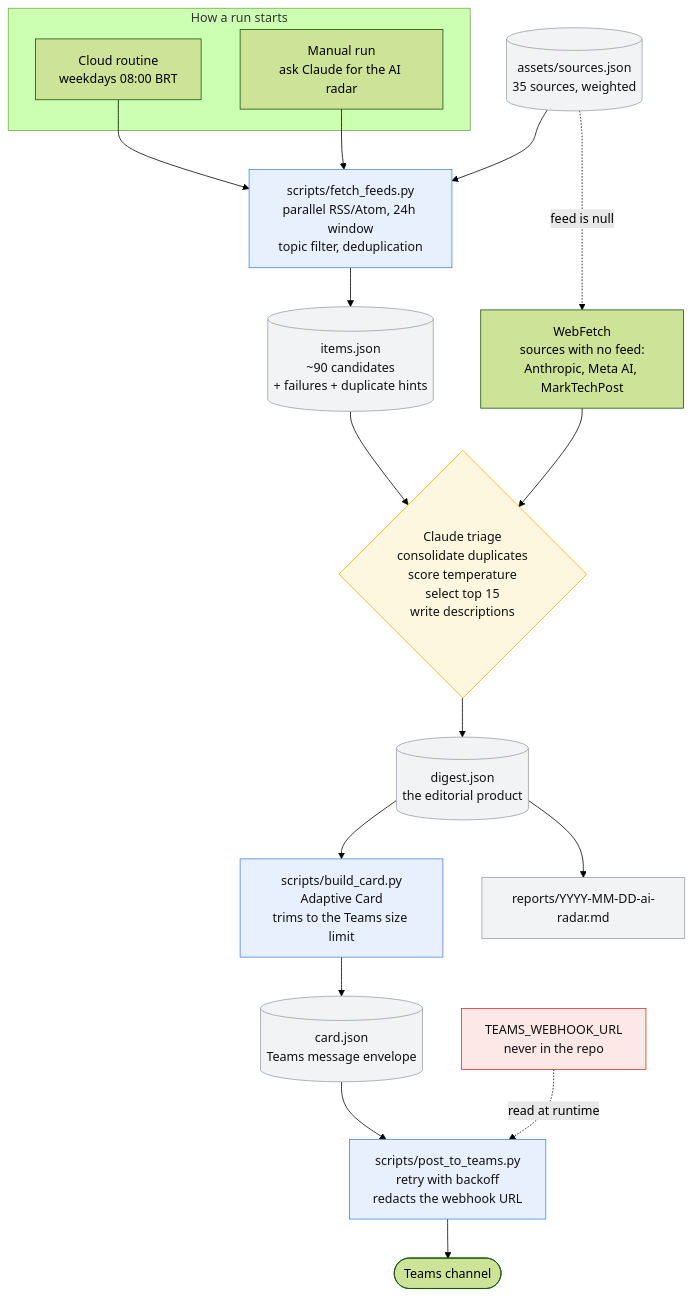
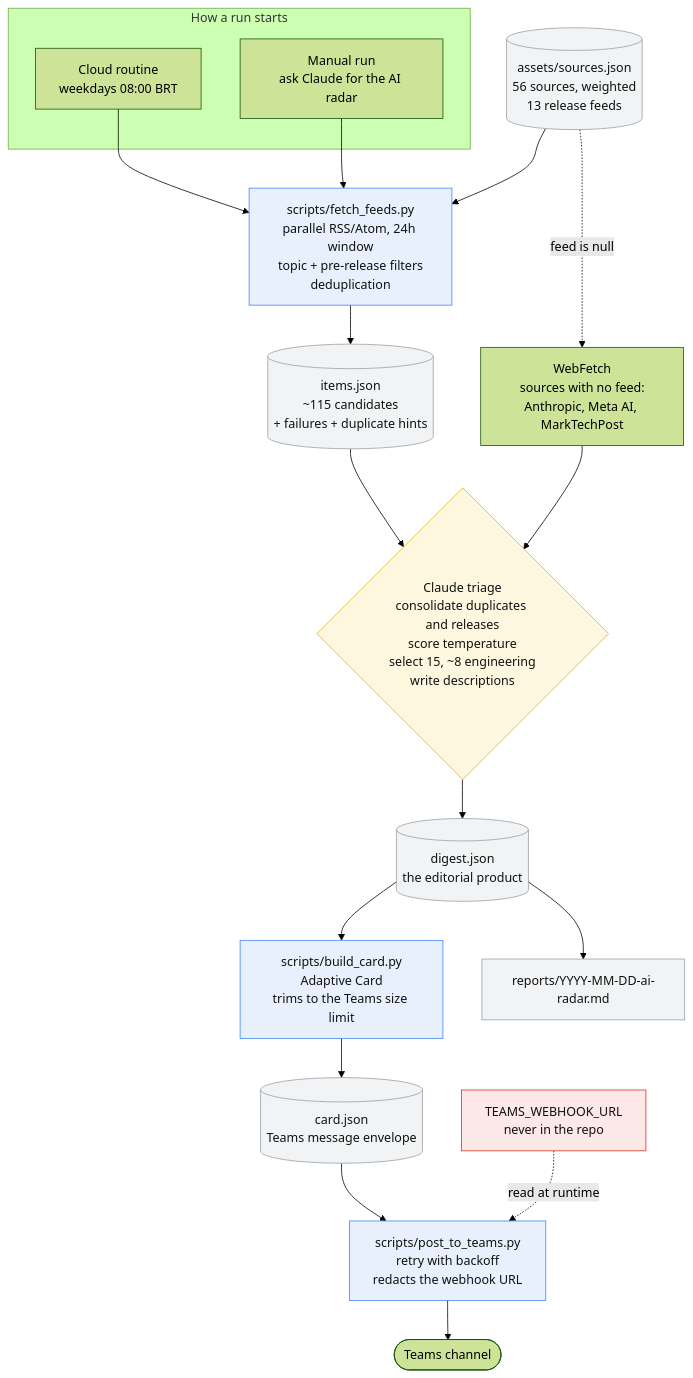
One commit to werner-denzin/claude-labs changed the diagram in README.md. Above: the diagram before and after it, drawn with Mermaid (forest theme). The commit also changed other lines of this file and 7 other files, not shown here.

````diff
--- a/README.md
+++ b/README.md
@@ -12,47 +19,47 @@
 ```mermaid
 flowchart TD
     subgraph triggers["How a run starts"]
         ROUTINE["Cloud routine<br>weekdays 08:00 BRT"]
         MANUAL["Manual run<br>ask Claude for the AI radar"]
     end
 
-    CATALOG[("assets/sources.json<br>35 sources, weighted")]
-    FETCH["scripts/fetch_feeds.py<br>parallel RSS/Atom, 24h window<br>topic filter, deduplication"]
-    ITEMS[("items.json<br>~90 candidates<br>+ failures + duplicate hints")]
+    CATALOG[("assets/sources.json<br>56 sources, weighted<br>13 release feeds")]
+    FETCH["scripts/fetch_feeds.py<br>parallel RSS/Atom, 24h window<br>topic + pre-release filters<br>deduplication"]
+    ITEMS[("items.json<br>~115 candidates<br>+ failures + duplicate hints")]
     WEB["WebFetch<br>sources with no feed:<br>Anthropic, Meta AI, MarkTechPost"]
 
-    TRIAGE{"Claude triage<br>consolidate duplicates<br>score temperature<br>select top 15<br>write descriptions"}
+    TRIAGE{"Claude triage<br>consolidate duplicates and releases<br>score temperature<br>select 15, ~8 engineering<br>write descriptions"}
     DIGEST[("digest.json<br>the editorial product")]
 
     BUILD["scripts/build_card.py<br>Adaptive Card<br>trims to the Teams size limit"]
     CARD[("card.json<br>Teams message envelope")]
     POST["scripts/post_to_teams.py<br>retry with backoff<br>redacts the webhook URL"]
 
     TEAMS(["Teams channel"])
     ARCHIVE["reports/YYYY-MM-DD-ai-radar.md"]
     SECRET["TEAMS_WEBHOOK_URL<br>never in the repo"]
 
     ROUTINE --> FETCH
     MANUAL --> FETCH
     CATALOG --> FETCH
     FETCH --> ITEMS
     CATALOG -. "feed is null" .-> WEB
     ITEMS --> TRIAGE
     WEB --> TRIAGE
     TRIAGE --> DIGEST
     DIGEST --> BUILD
     BUILD --> CARD
     CARD --> POST
     POST --> TEAMS
     DIGEST --> ARCHIVE
     SECRET -. read at runtime .-> POST
 
     classDef script fill:#e8f0fe,stroke:#4285f4,color:#111
     classDef data fill:#f1f3f4,stroke:#9aa0a6,color:#111
     classDef judgment fill:#fef7e0,stroke:#f9ab00,color:#111
     classDef secret fill:#fce8e6,stroke:#d93025,color:#111
     class FETCH,BUILD,POST script
     class CATALOG,ITEMS,DIGEST,CARD,ARCHIVE data
     class TRIAGE judgment
     class SECRET secret
 ```
````
